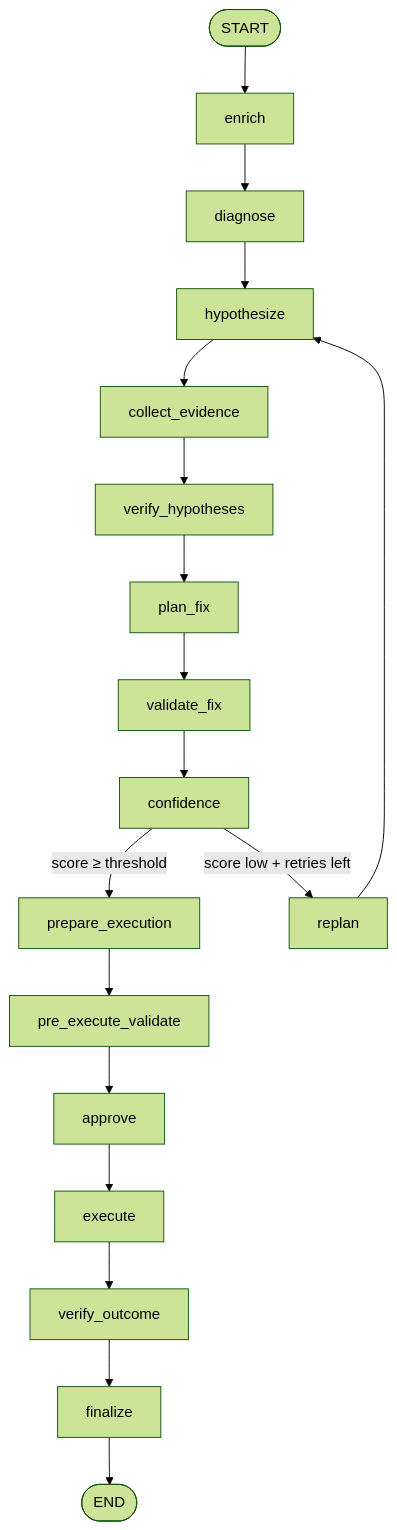
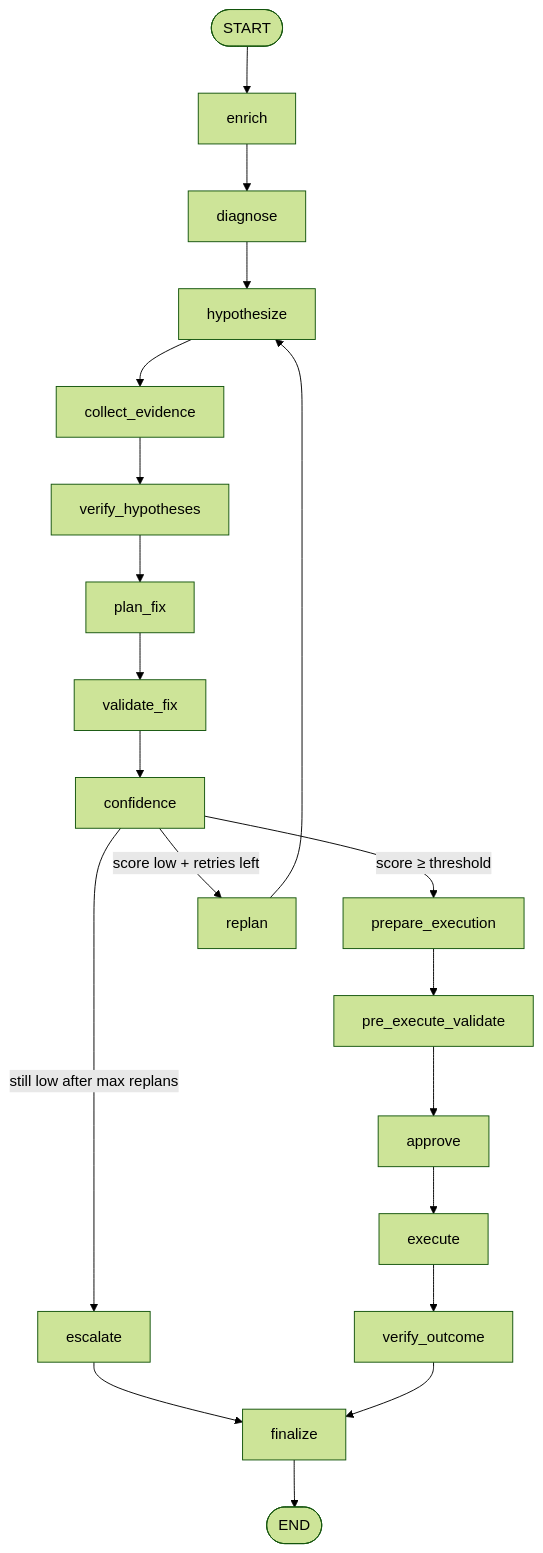
One commit to devAryagupta/autonomous-incident-response-agent changed the second of 2 diagrams in README.md. Above: the diagram before and after it, drawn with Mermaid (forest theme). The commit also changed other lines of this file and 125 other files, not shown here.

````diff
--- a/README.md
+++ b/README.md
@@ -142,22 +151,24 @@
 ```mermaid
 flowchart TD
   START([START]) --> enrich
   enrich --> diagnose
   diagnose --> hypothesize
   hypothesize --> collect_evidence
   collect_evidence --> verify_hypotheses
   verify_hypotheses --> plan_fix
   plan_fix --> validate_fix
   validate_fix --> confidence
 
   confidence -->|score ≥ threshold| prepare_execution
   confidence -->|score low + retries left| replan
+  confidence -->|still low after max replans| escalate
   replan --> hypothesize
+  escalate --> finalize
 
   prepare_execution --> pre_execute_validate
   pre_execute_validate --> approve
   approve --> execute
   execute --> verify_outcome
   verify_outcome --> finalize
   finalize --> END([END])
 ```
````
